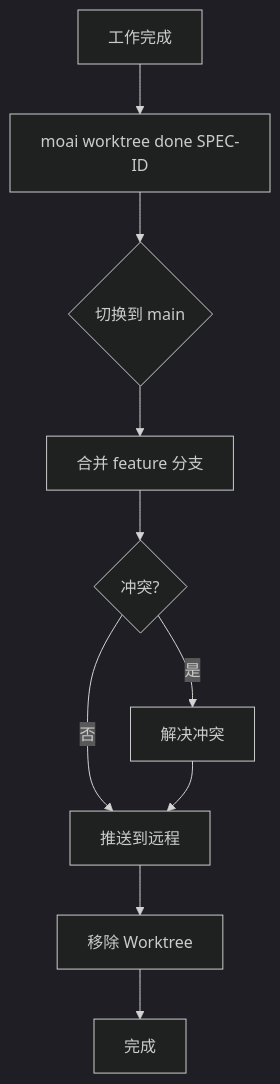
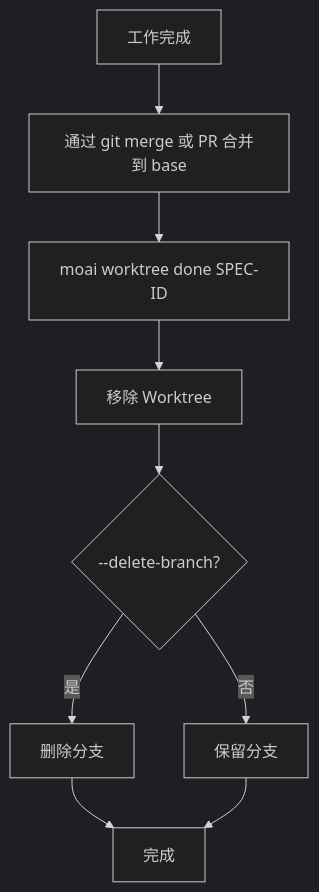
One commit to modu-ai/moai-adk changed the seventh of 10 diagrams in docs-site/content/zh/worktree/guide.md. Above: the diagram before and after it, drawn with Mermaid (dark theme). The commit also changed other lines of this file and 180 other files, not shown here.

````diff
--- a/docs-site/content/zh/worktree/guide.md
+++ b/docs-site/content/zh/worktree/guide.md
@@ -459,12 +440,11 @@
 ```mermaid
 flowchart TD
-    A[工作完成] --> B[moai worktree done SPEC-ID]
-    B --> C{切换到 main}
-    C --> D[合并 feature 分支]
-    D --> E{冲突?}
-    E -->|是| F[解决冲突]
-    E -->|否| G[推送到远程]
-    F --> G
-    G --> H[移除 Worktree]
-    H --> I[完成]
+    A[工作完成] --> B[通过 git merge 或 PR 合并到 base]
+    B --> C[moai worktree done SPEC-ID]
+    C --> D[移除 Worktree]
+    D --> E{--delete-branch?}
+    E -->|是| F[删除分支]
+    E -->|否| G[保留分支]
+    F --> H[完成]
+    G --> H[完成]
 ```
````
